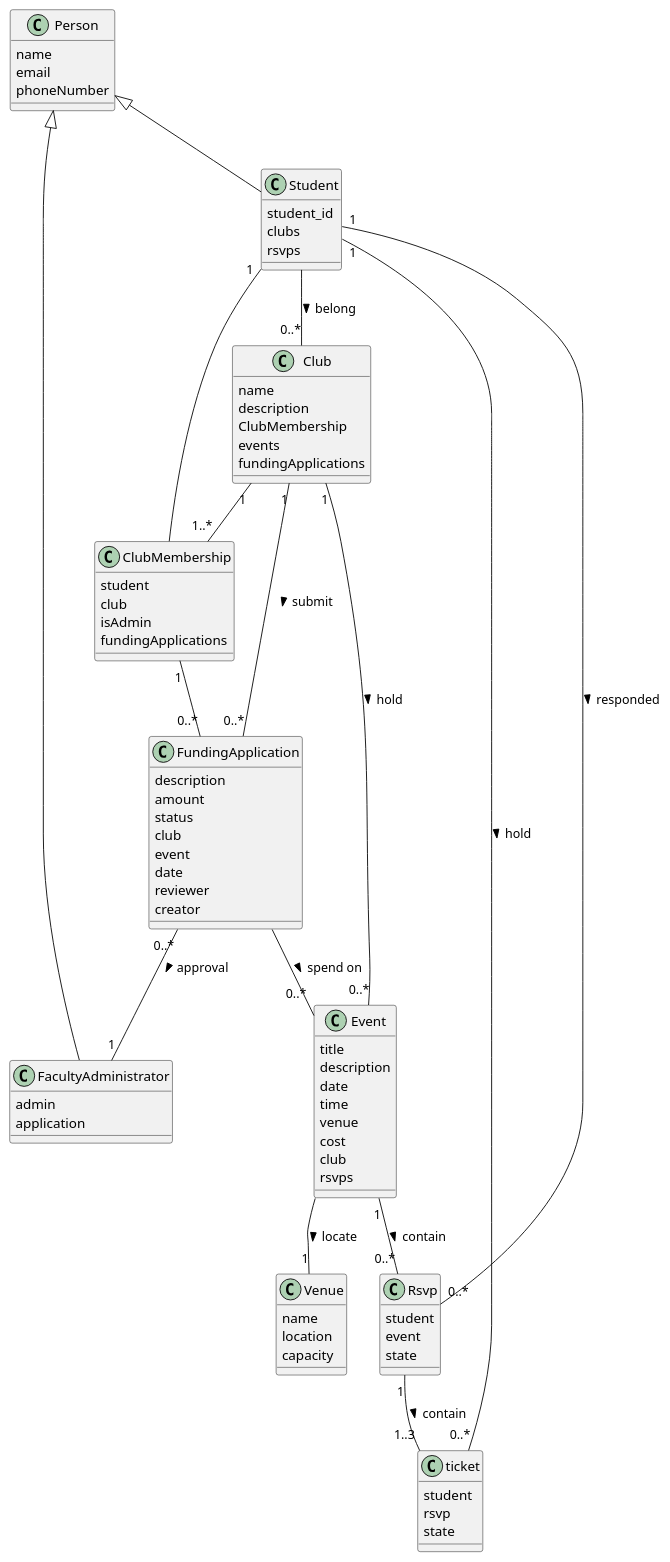
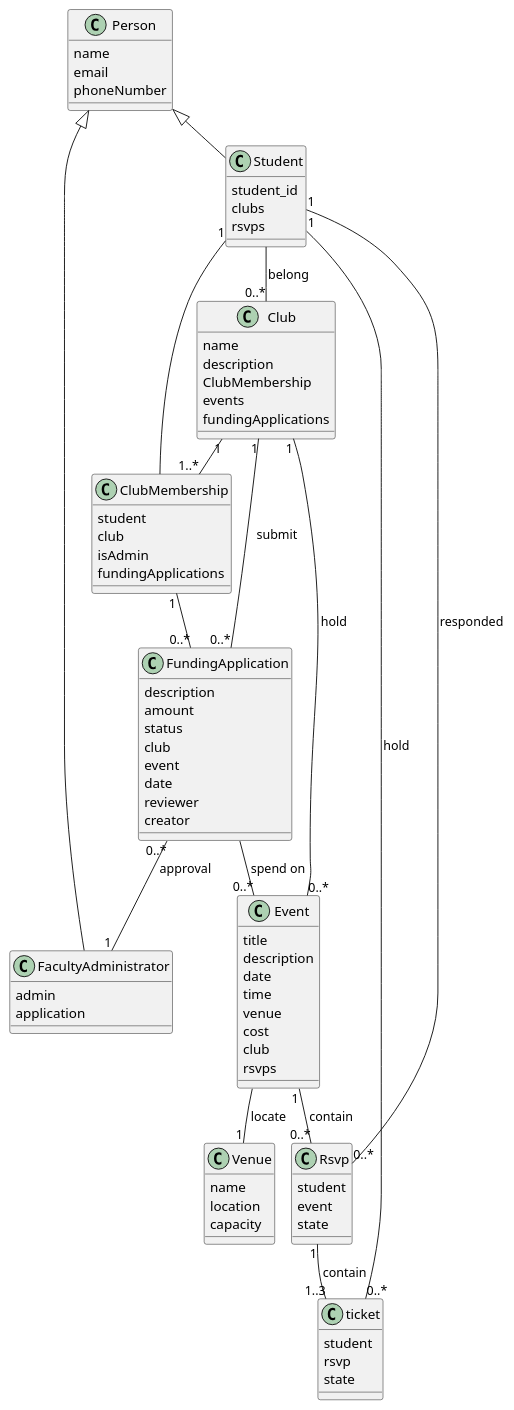
One commit to lvyl9909/ClubManagementSystem changed the diagram in docs/part1/domain_model.puml. Above: the diagram before and after it, drawn with PlantUML. The commit also changed 2 other files, not shown here.

```diff
--- a/docs/part1/domain_model.puml
+++ b/docs/part1/domain_model.puml
@@ -1,89 +1,90 @@
-@startuml 123
+@startuml
+!pragma layout smetana
 class Person{
     name
     email
     phoneNumber
 }
 
 class Student{
     student_id
     clubs
     rsvps
 }
 
 class ClubMembership{
     student
     club
     isAdmin
     fundingApplications
 }
 
 
 class FacultyAdministrator{
     admin
     application
 }
 
 class Club{
     name
     description
     ClubMembership
     events
     fundingApplications
 }
 
 class Venue{
     name
     location
     capacity
 }
 
 class Event{
     title
     description
     date
     time
     venue
     cost
     club
     rsvps
 }
 
 class FundingApplication{
     description
     amount
     status
     club
     event
     date
     reviewer
     creator
 }
 
 class Rsvp{
     student
     event
     state
 }
 
 class ticket{
     student
     rsvp
     state
 }
 Person <|-- Student
 Person <|-- FacultyAdministrator
 Student  -- "0..*" Club : belong >
 FundingApplication "0..*"--"1" FacultyAdministrator: approval >
 Club "1" -- "0..*" Event : hold >
 Event  -- "1" Venue : locate >
 Student "1" -- "0..*" Rsvp : responded >
 Event "1" -- "0..*" Rsvp : contain >
 Club "1"--"0..*" FundingApplication : submit >
 FundingApplication  -- "0..*" Event : spend on >
 Rsvp "1"--"1..3" ticket : contain >
 Student "1" -- "0..*" ticket: hold >
 Club "1" -- "1..*" ClubMembership
 Student "1"-- ClubMembership
 ClubMembership "1" -- "0..*" FundingApplication
 @enduml
```
